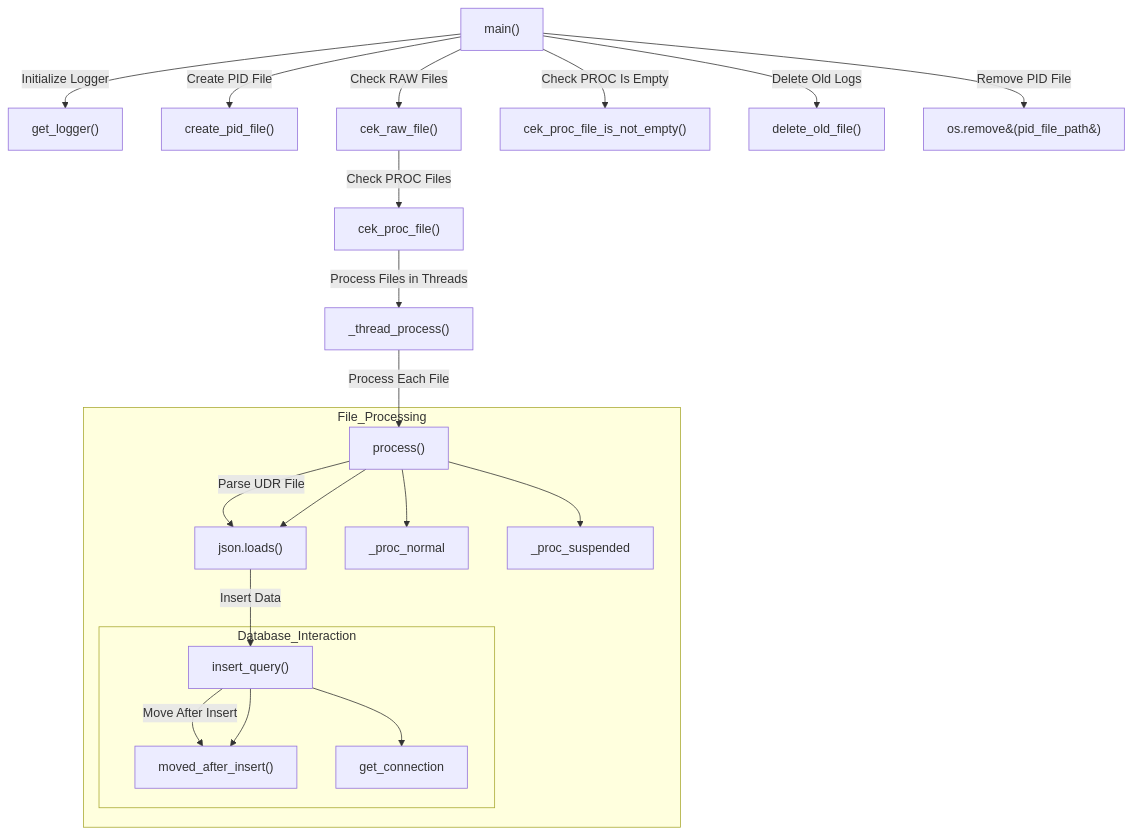
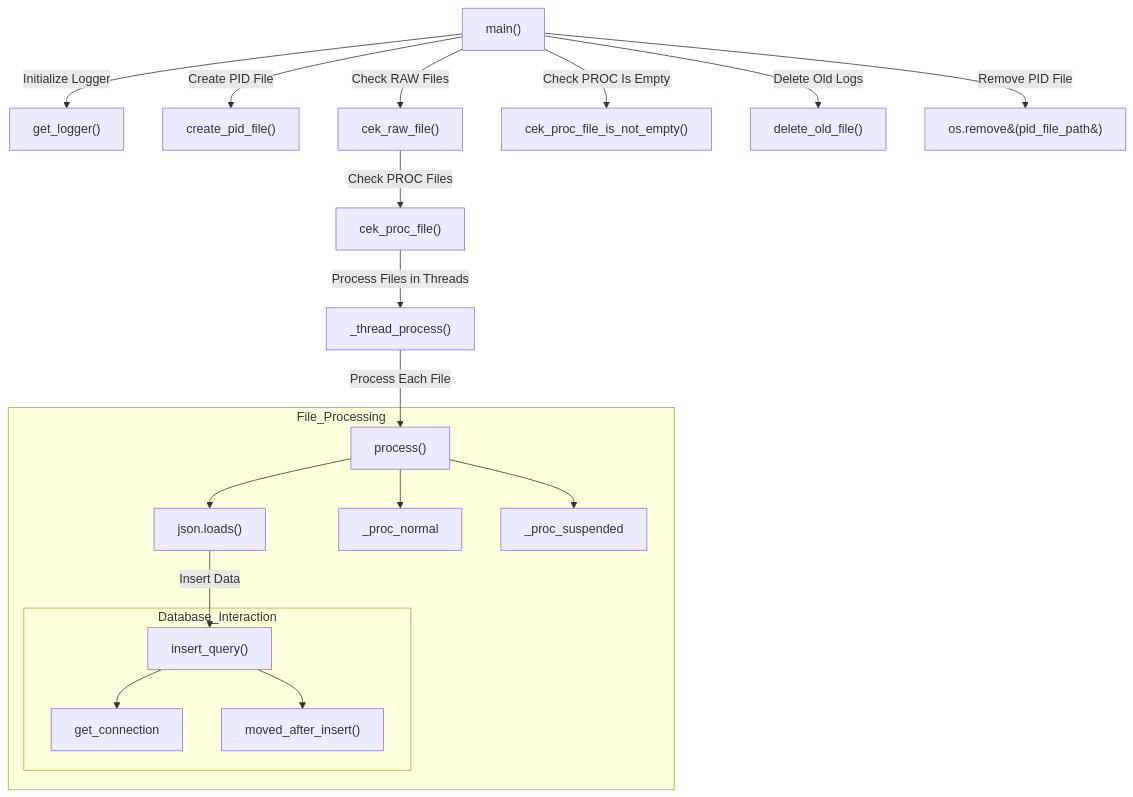
One commit to maulanaady/psn changed the second of 2 diagrams in UDR/parsing_readme.md. Above: the diagram before and after it, drawn with Mermaid.

Commit message:
update readme file

````diff
--- a/UDR/parsing_readme.md
+++ b/UDR/parsing_readme.md
@@ -155,31 +155,29 @@
 ```mermaid
 graph TD;
     A[main#40;#41;] -->|Initialize Logger| B[get_logger#40;#41;];
     A -->|Create PID File| C[create_pid_file#40;#41;];
     A -->|Check RAW Files| D[cek_raw_file#40;#41;];
     D -->|Check PROC Files| E[cek_proc_file#40;#41;];
     E -->|Process Files in Threads| F[_thread_process#40;#41;];
     F -->|Process Each File| G[process#40;#41;];
 
-    G -->|Parse UDR File| H[json.loads#40;#41;];
     H -->|Insert Data| I[insert_query#40;#41;];    
-    I -->|Move After Insert| J[moved_after_insert#40;#41;];
 
     A -->|Check PROC Is Empty| K[cek_proc_file_is_not_empty#40;#41;];
     A -->|Delete Old Logs| L[delete_old_file#40;#41;];
     A -->|Remove PID File| M[os.remove&#40;pid_file_path&#41;];
 
     subgraph File_Processing;
         G --> _proc_normal;
         G --> _proc_suspended;
         G --> H[json.loads#40;#41;];
 
         subgraph Database_Interaction;
         I --> get_connection;
         I --> J[moved_after_insert#40;#41;]
         end;
 
     end;
 
     
 ```
````
